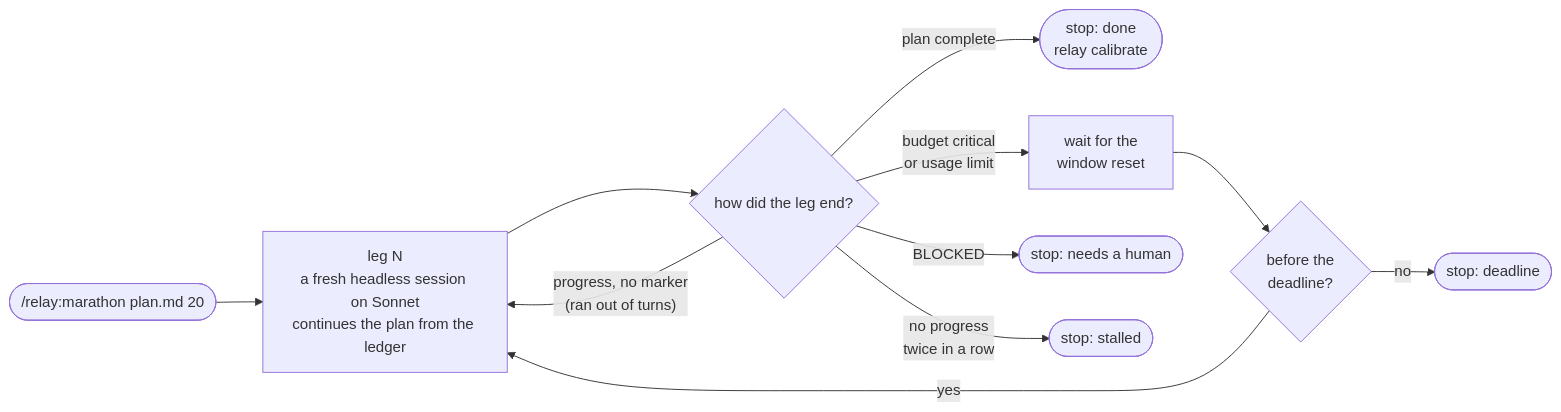
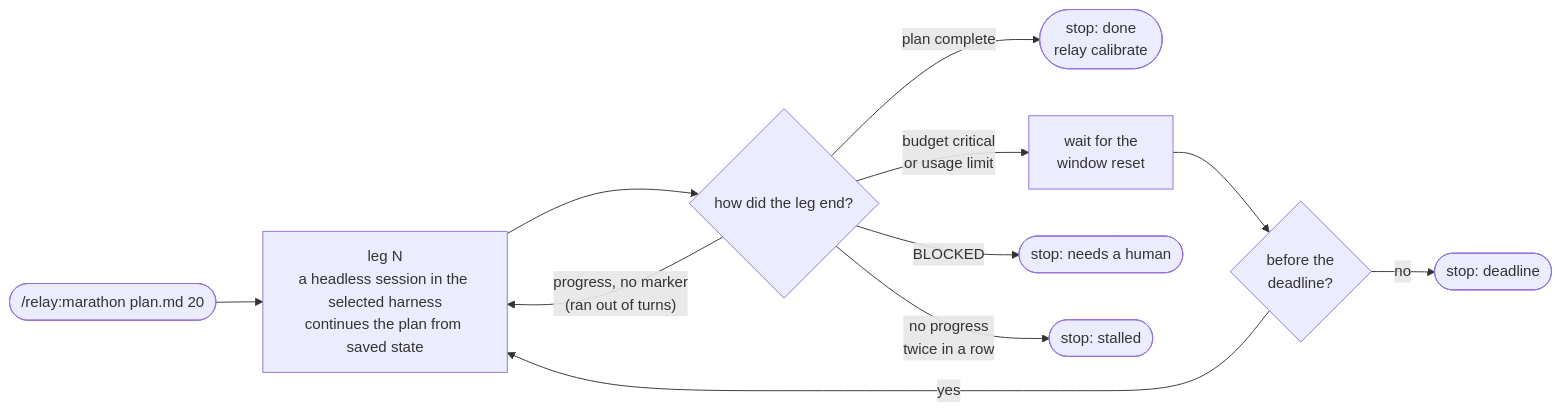
Diagram 14 of 14 in README.md (cube-digital/relay), drawn with Mermaid before and after one commit. The commit also changed other lines of this file and 79 other files, not shown here.

````diff
--- a/README.md
+++ b/README.md
@@ -431,13 +431,13 @@
 ```mermaid
 flowchart LR
-    start(["/relay:marathon plan.md 20"]) --> leg["leg N<br/>a fresh headless session on Sonnet<br/>continues the plan from the ledger"]
+    start(["/relay:marathon plan.md 20"]) --> leg["leg N<br/>a headless session in the selected harness<br/>continues the plan from saved state"]
     leg --> q{"how did the leg end?"}
     q -- "plan complete" --> done(["stop: done<br/>relay calibrate"])
     q -- "budget critical<br/>or usage limit" --> wait["wait for the<br/>window reset"]
     wait --> deadline{"before the<br/>deadline?"}
     deadline -- yes --> leg
     deadline -- no --> stop1(["stop: deadline"])
     q -- "progress, no marker<br/>(ran out of turns)" --> leg
     q -- "BLOCKED" --> stop2(["stop: needs a human"])
     q -- "no progress<br/>twice in a row" --> stop3(["stop: stalled"])
 ```
````
